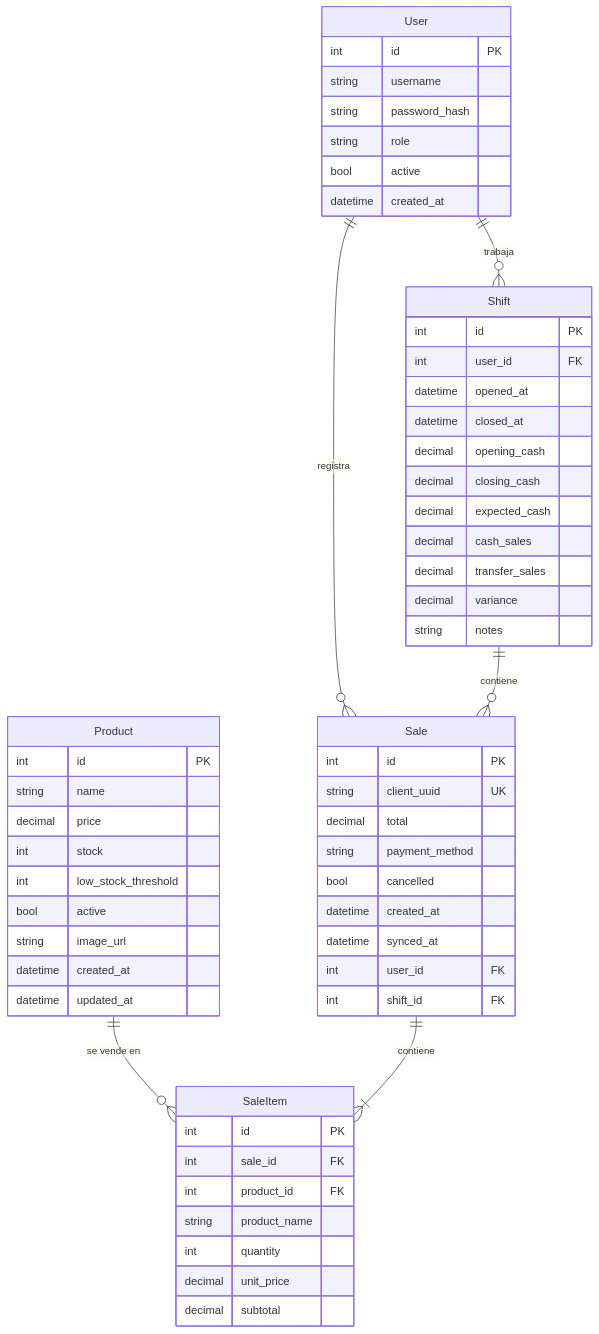
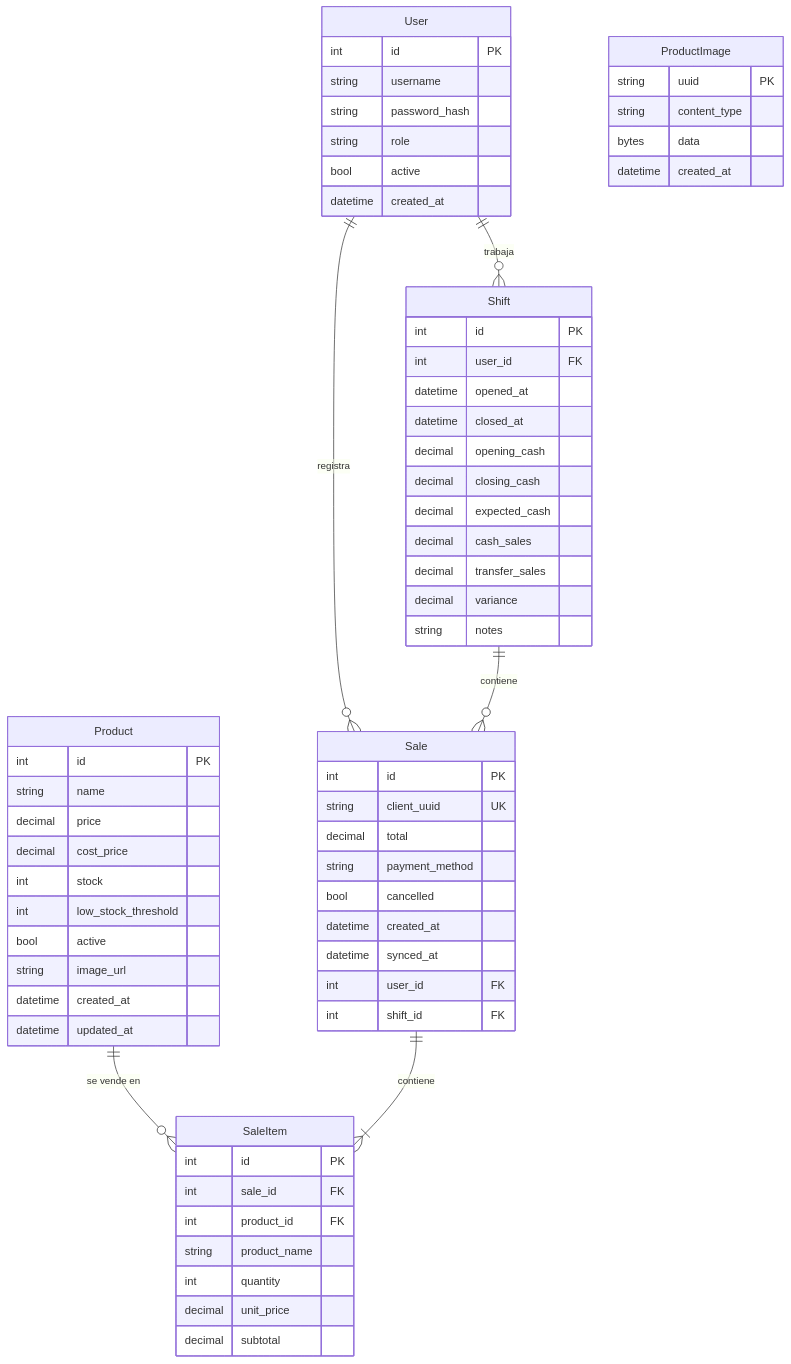
The fourth of 4 diagrams in README.md (ArturoFrancoMozqueda/sweet_home_pos), drawn with Mermaid before and after one commit. The commit also changed other lines of this file, not shown here.

````diff
--- a/README.md
+++ b/README.md
@@ -201,65 +202,73 @@
 ```mermaid
 erDiagram
     User {
         int id PK
         string username
         string password_hash
         string role
         bool active
         datetime created_at
     }
 
     Product {
         int id PK
         string name
         decimal price
+        decimal cost_price
         int stock
         int low_stock_threshold
         bool active
         string image_url
         datetime created_at
         datetime updated_at
+    }
+
+    ProductImage {
+        string uuid PK
+        string content_type
+        bytes data
+        datetime created_at
     }
 
     Shift {
         int id PK
         int user_id FK
         datetime opened_at
         datetime closed_at
         decimal opening_cash
         decimal closing_cash
         decimal expected_cash
         decimal cash_sales
         decimal transfer_sales
         decimal variance
         string notes
     }
 
     Sale {
         int id PK
         string client_uuid UK
         decimal total
         string payment_method
         bool cancelled
         datetime created_at
         datetime synced_at
         int user_id FK
         int shift_id FK
     }
 
     SaleItem {
         int id PK
         int sale_id FK
         int product_id FK
         string product_name
         int quantity
         decimal unit_price
         decimal subtotal
     }
 
     User ||--o{ Sale : "registra"
     User ||--o{ Shift : "trabaja"
     Shift ||--o{ Sale : "contiene"
     Product ||--o{ SaleItem : "se vende en"
     Sale ||--|{ SaleItem : "contiene"
 ```
````
